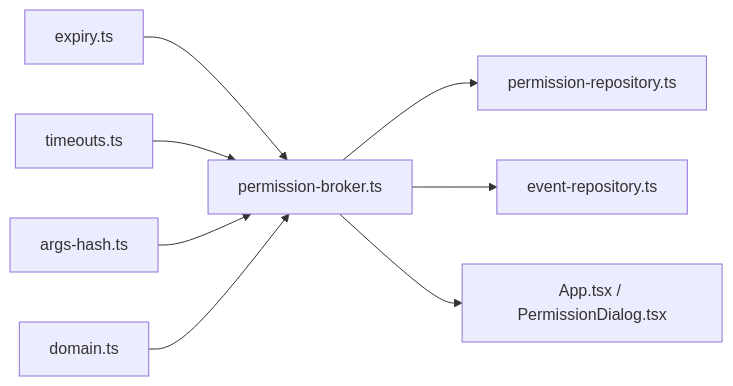
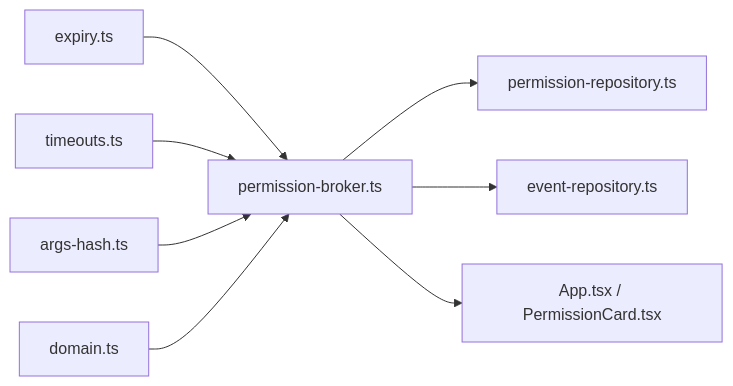
Before and after one commit to Azusa010/personal-agent: the sixth of 6 diagrams in .repowiki/zh/content/权限管理系统/过期管理.md, drawn with Mermaid. The commit also changed other lines of this file and 88 other files, not shown here.

````diff
--- a/.repowiki/zh/content/权限管理系统/过期管理.md
+++ b/.repowiki/zh/content/权限管理系统/过期管理.md
@@ -340,10 +340,10 @@
 ```mermaid
 graph LR
 Expiry["expiry.ts"] --> Broker["permission-broker.ts"]
 Timeouts["timeouts.ts"] --> Broker
 ArgsHash["args-hash.ts"] --> Broker
 Domain["domain.ts"] --> Broker
 Broker --> Repo["permission-repository.ts"]
 Broker --> Events["event-repository.ts"]
-Broker --> UI["App.tsx / PermissionDialog.tsx"]
+Broker --> UI["App.tsx / PermissionCard.tsx"]
 ```
````
